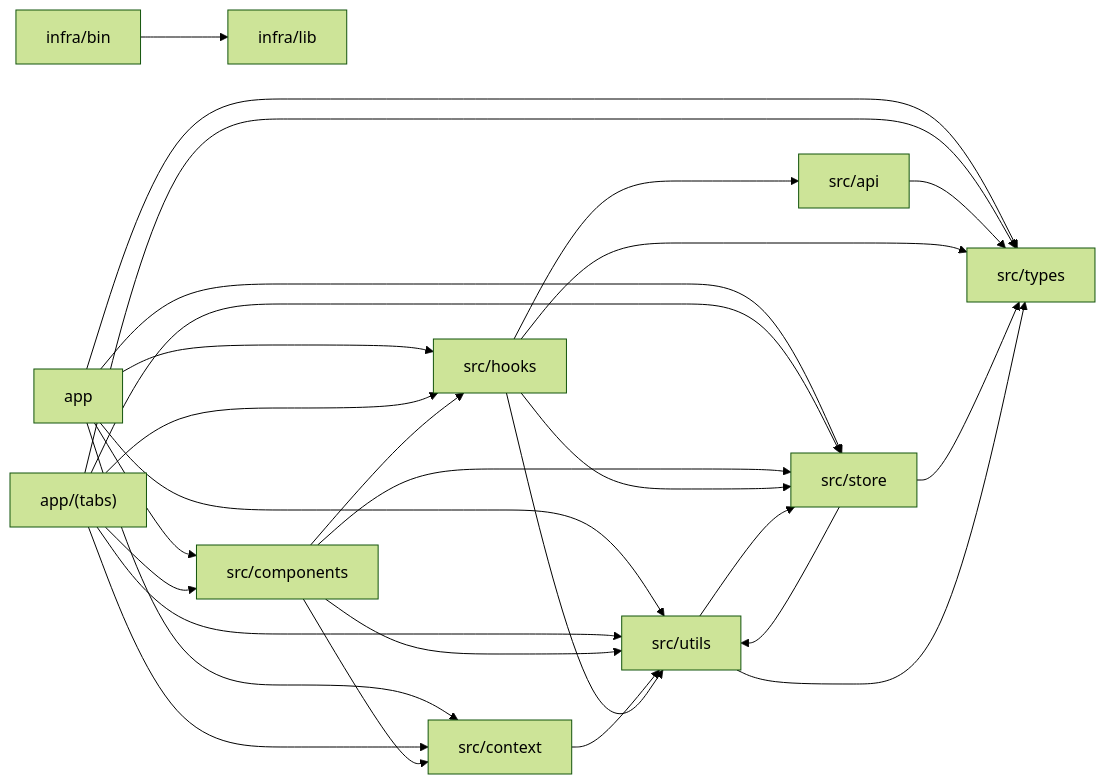
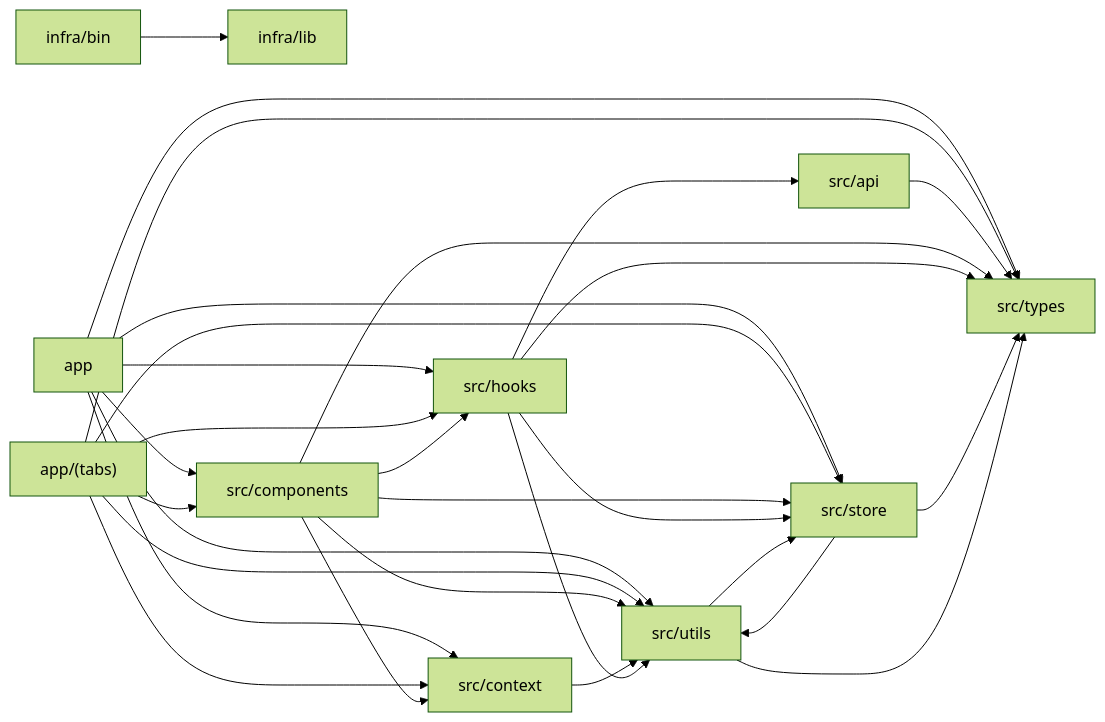
One commit to rufbulldog/ferry-tracker changed the diagram in docs/spec/_systems/architecture.md. Above: the diagram before and after it, drawn with Mermaid (forest theme). The commit also changed other lines of this file and 32 other files, not shown here.

````diff
--- a/docs/spec/_systems/architecture.md
+++ b/docs/spec/_systems/architecture.md
@@ -20,41 +20,42 @@
 ```mermaid
 flowchart LR
   n_app["app"]
   n_app_tabs["app/(tabs)"]
   n_infra_bin["infra/bin"]
   n_infra_lib["infra/lib"]
   n_src_api["src/api"]
   n_src_components["src/components"]
   n_src_context["src/context"]
   n_src_hooks["src/hooks"]
   n_src_store["src/store"]
   n_src_types["src/types"]
   n_src_utils["src/utils"]
   n_app --> n_src_components
   n_app --> n_src_context
   n_app --> n_src_hooks
   n_app --> n_src_store
   n_app --> n_src_types
   n_app --> n_src_utils
   n_app_tabs --> n_src_components
   n_app_tabs --> n_src_context
   n_app_tabs --> n_src_hooks
   n_app_tabs --> n_src_store
   n_app_tabs --> n_src_types
   n_app_tabs --> n_src_utils
   n_infra_bin --> n_infra_lib
   n_src_api --> n_src_types
   n_src_components --> n_src_context
   n_src_components --> n_src_hooks
   n_src_components --> n_src_store
+  n_src_components --> n_src_types
   n_src_components --> n_src_utils
   n_src_context --> n_src_utils
   n_src_hooks --> n_src_api
   n_src_hooks --> n_src_store
   n_src_hooks --> n_src_types
   n_src_hooks --> n_src_utils
   n_src_store --> n_src_types
   n_src_store --> n_src_utils
   n_src_utils --> n_src_store
   n_src_utils --> n_src_types
 ```
````
